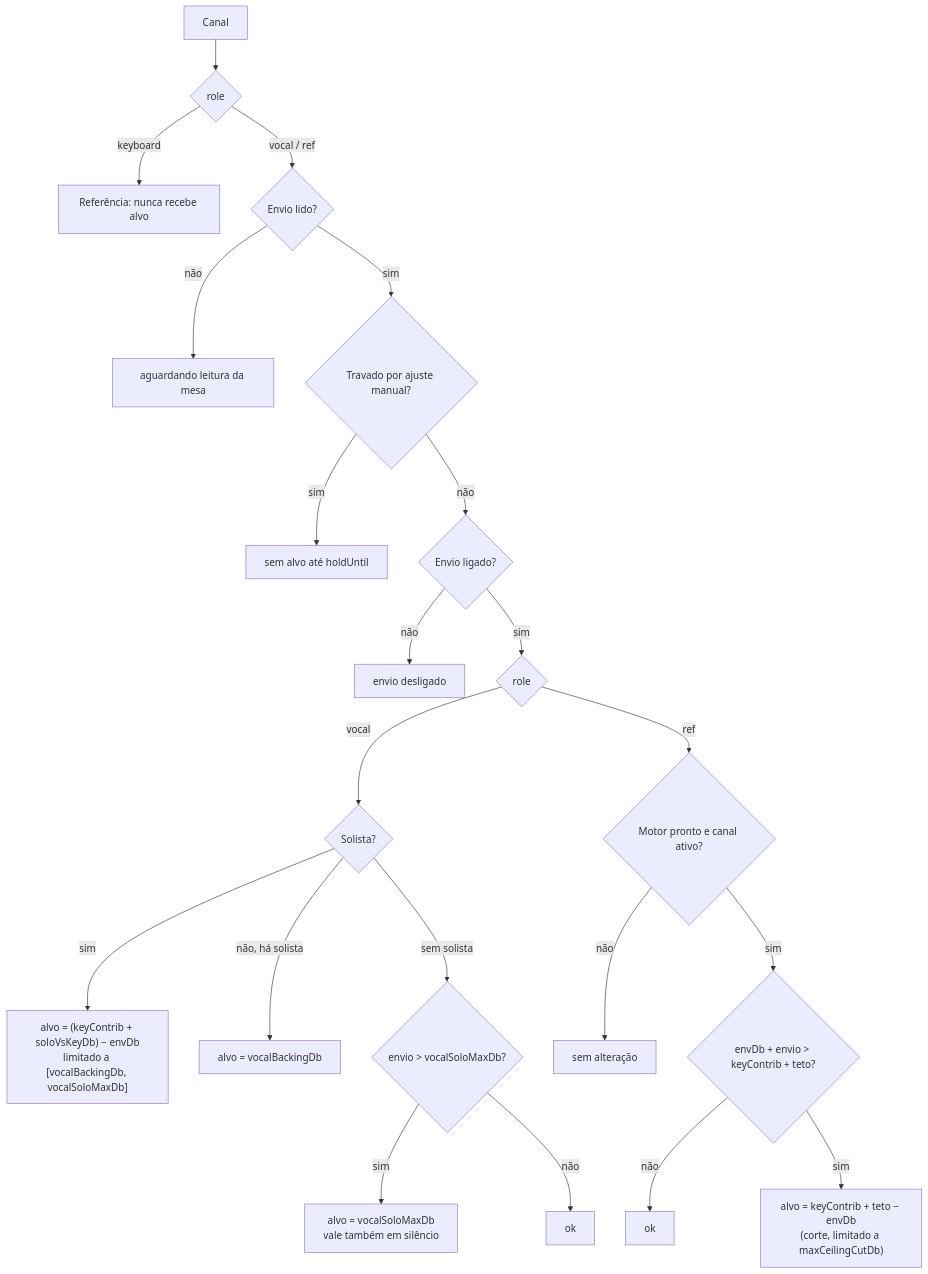
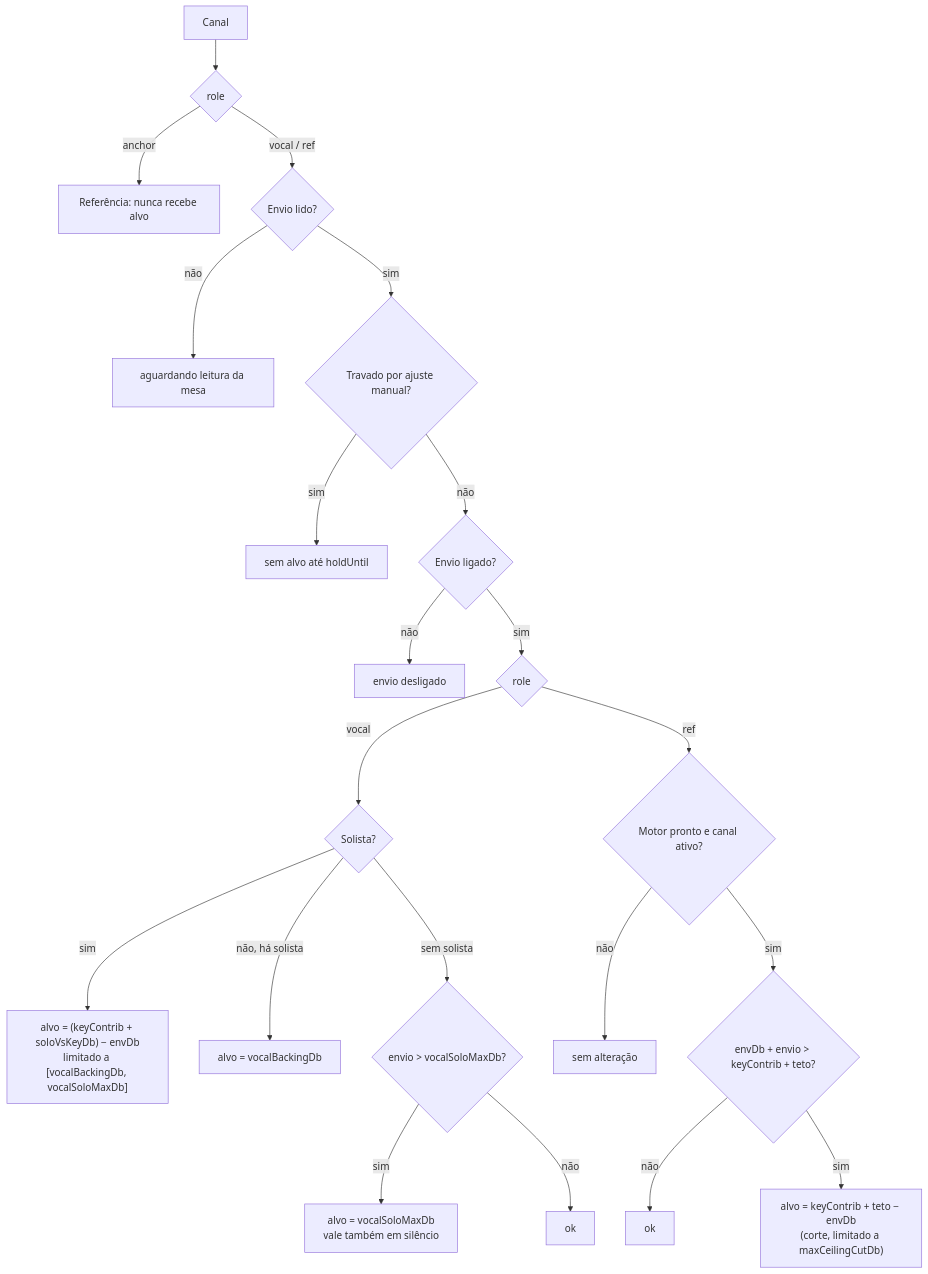
The fourth of 6 diagrams in docs/ARQUITETURA.md (gutoglup/mixTree), drawn with Mermaid before and after one commit. The commit also changed other lines of this file and 15 other files, not shown here.

````diff
--- a/docs/ARQUITETURA.md
+++ b/docs/ARQUITETURA.md
@@ -129,23 +135,23 @@
 ```mermaid
 flowchart TD
   A[Canal] --> B{role}
-  B -- keyboard --> K[Referência: nunca recebe alvo]
+  B -- anchor --> K[Referência: nunca recebe alvo]
   B -- vocal / ref --> C{Envio lido?}
   C -- não --> W[aguardando leitura da mesa]
   C -- sim --> D{Travado por ajuste manual?}
   D -- sim --> H[sem alvo até holdUntil]
   D -- não --> E{Envio ligado?}
   E -- não --> OFF[envio desligado]
   E -- sim --> F{role}
   F -- vocal --> V{Solista?}
   V -- sim --> VS["alvo = (keyContrib + soloVsKeyDb) − envDb<br/>limitado a [vocalBackingDb, vocalSoloMaxDb]"]
   V -- "não, há solista" --> VB[alvo = vocalBackingDb]
   V -- "sem solista" --> VC{envio > vocalSoloMaxDb?}
   VC -- sim --> VT[alvo = vocalSoloMaxDb<br/>vale também em silêncio]
   VC -- não --> OK1[ok]
   F -- ref --> R{Motor pronto e canal ativo?}
   R -- não --> OK2[sem alteração]
   R -- sim --> RC{"envDb + envio > keyContrib + teto?"}
   RC -- não --> OK3[ok]
   RC -- sim --> RT["alvo = keyContrib + teto − envDb<br/>(corte, limitado a maxCeilingCutDb)"]
 ```
````
